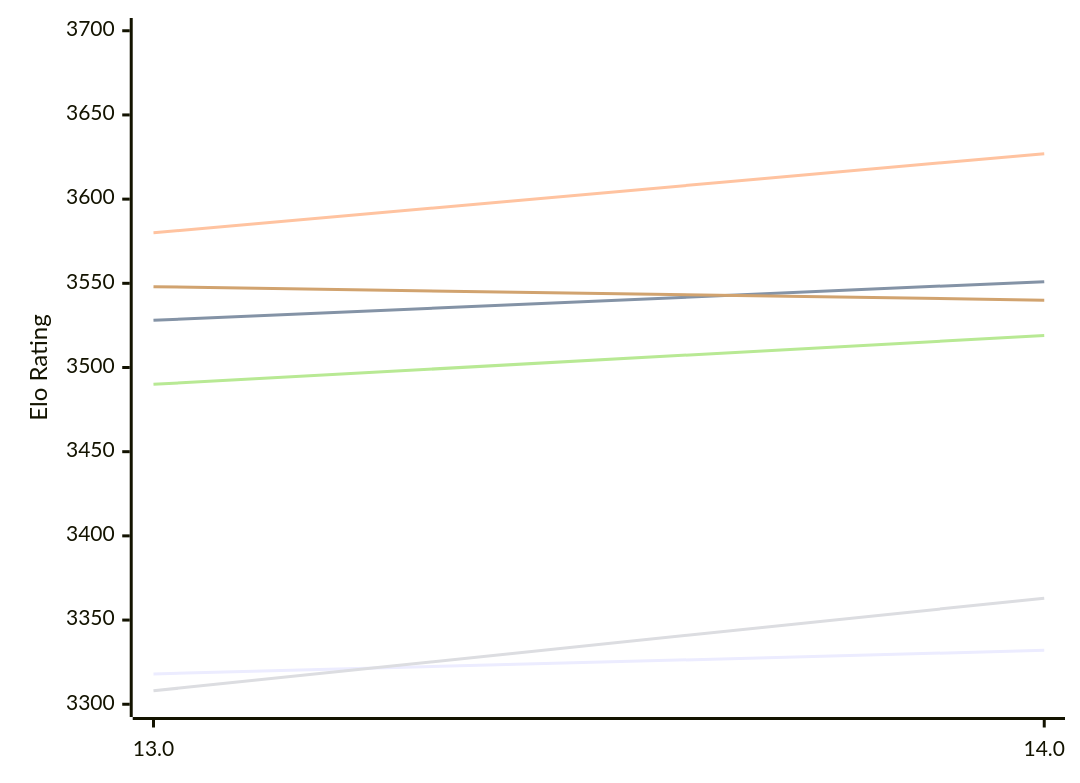
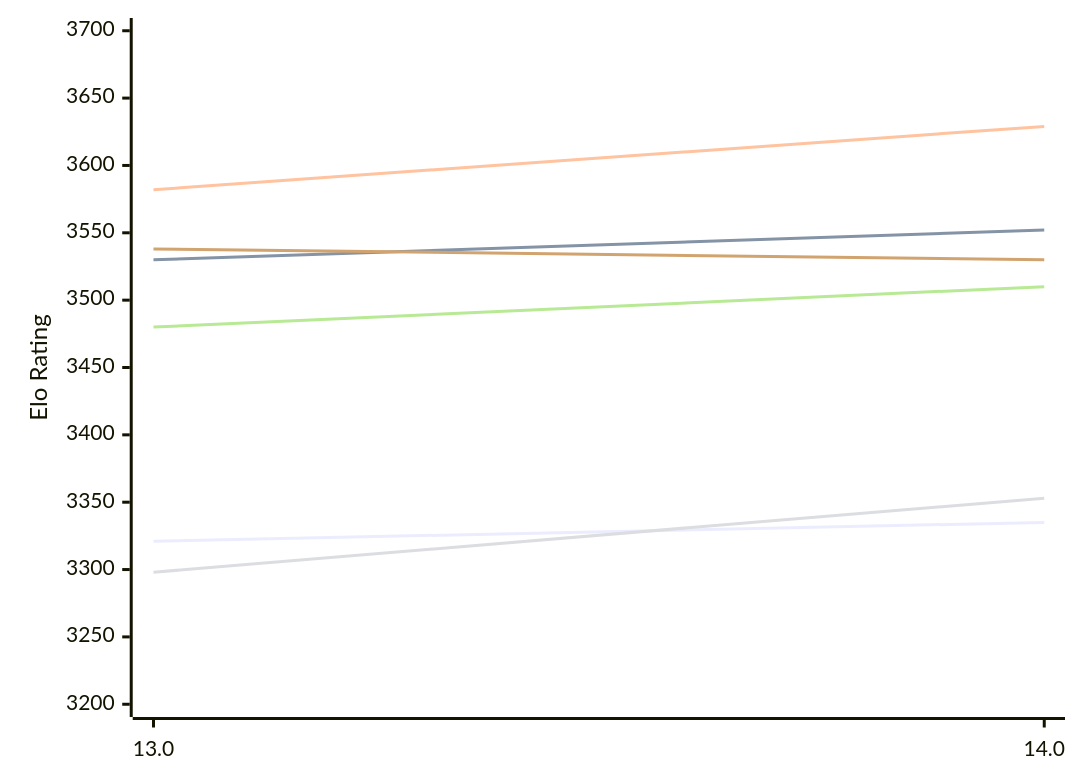
The first of 2 diagrams in engines/Tcheran.md (computer-chess-index/cci), drawn with Mermaid before and after one commit. The commit also changed other lines of this file, not shown here.

Commit message:
Update CCI Ratings (ELO VLTC) - 2026-11-15

````diff
--- a/engines/Tcheran.md
+++ b/engines/Tcheran.md
@@ -55,12 +55,12 @@
 ```mermaid
 %%{init: {"theme":"base","themeVariables":{"seriesColors:['#a3a3a3','#222221','#faa371']}}}%%
 xychart-beta
   x-axis ["13.0", "14.0"]
-  y-axis "Elo Rating" 3300 --> 3700
-  line "E1: STC (8.0+0.08s)" [3318, 3332]
-  line "E1: LTC (60.0+0.60s)" [3528, 3551]
-  line "E1: VLTC (2m24s+1.12s)" [3580, 3627]
-  line "P1: STC (8.0+0.08s)" [3308, 3363]
-  line "P1: LTC (60.0+0.60s)" [3490, 3519]
-  line "P1: VLTC (2m24s+1.12s)" [3548, 3540]
+  y-axis "Elo Rating" 3200 --> 3700
+  line "E1: STC (8.0+0.08s)" [3321, 3335]
+  line "E1: LTC (60.0+0.60s)" [3530, 3552]
+  line "E1: VLTC (2m24s+1.12s)" [3582, 3629]
+  line "P1: STC (8.0+0.08s)" [3298, 3353]
+  line "P1: LTC (60.0+0.60s)" [3480, 3510]
+  line "P1: VLTC (2m24s+1.12s)" [3538, 3530]
 ```
````
